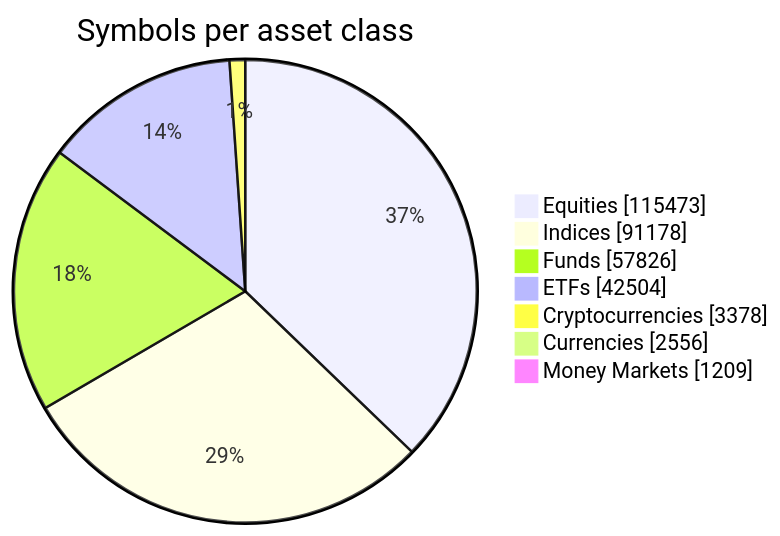
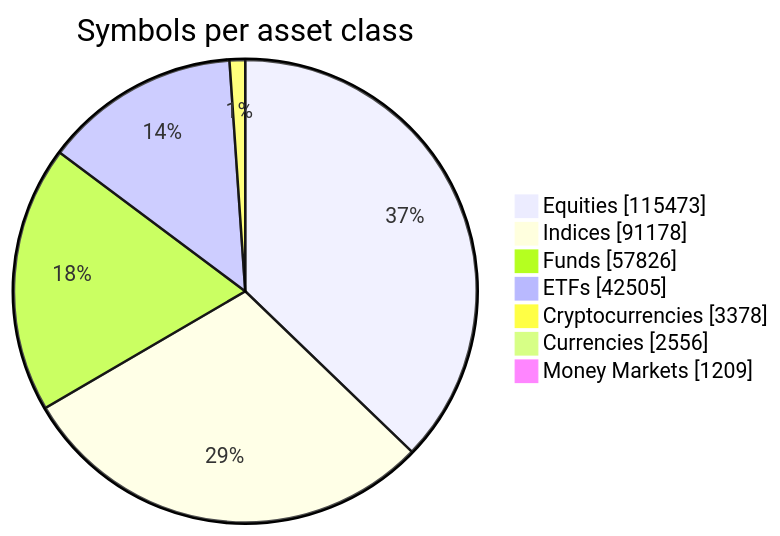
The diagram in README.md (JerBouma/FinanceDatabase), drawn with Mermaid before and after one commit. The commit also changed other lines of this file, not shown here.

````diff
--- a/README.md
+++ b/README.md
@@ -49,11 +49,11 @@
 ```mermaid
 pie showData
     title Symbols per asset class
     "Equities" : 115473
     "Indices" : 91178
     "Funds" : 57826
-    "ETFs" : 42504
+    "ETFs" : 42505
     "Cryptocurrencies" : 3378
     "Currencies" : 2556
     "Money Markets" : 1209
 ```
````
